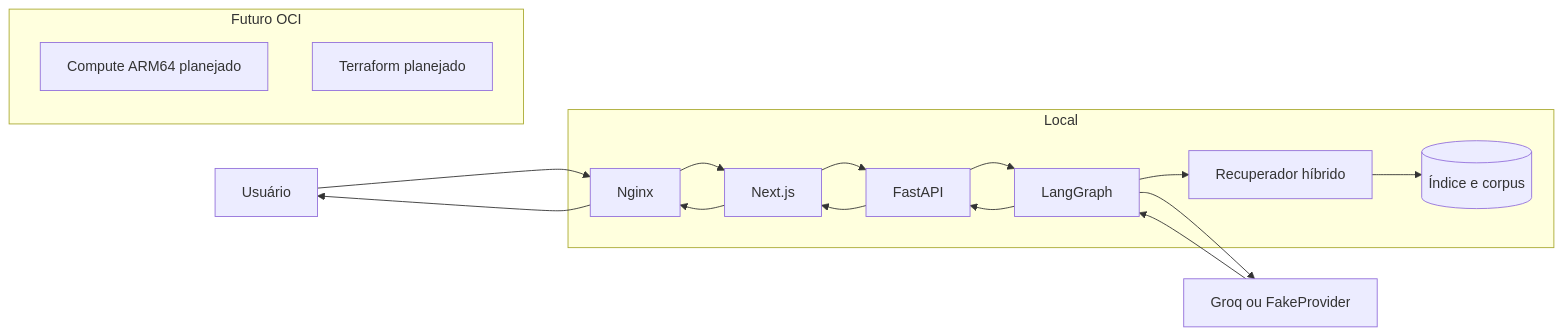
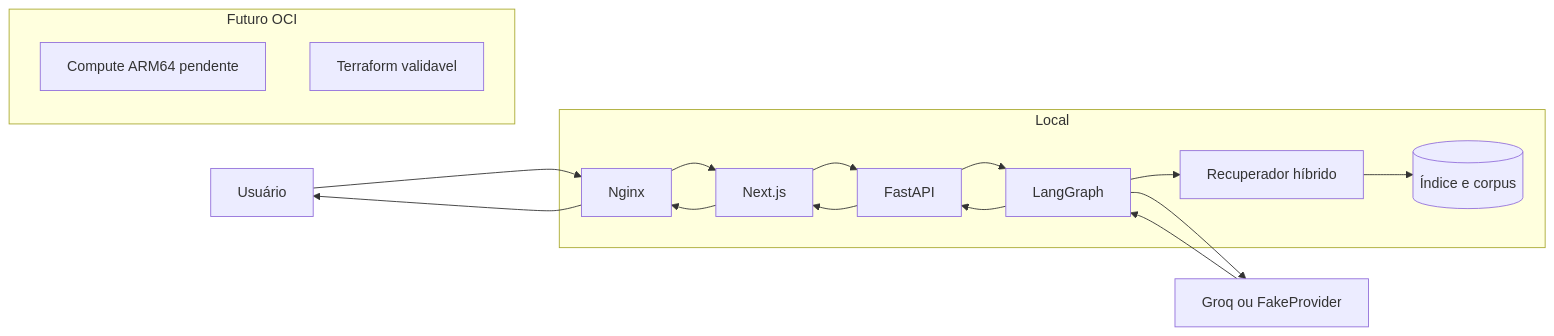
Before and after one commit to brodyandre/edudocs-ai-agent-oci: the second of 2 diagrams in README.md, drawn with Mermaid. The commit also changed other lines of this file and 35 other files, not shown here.

Commit message:
feat(infra): adiciona a infraestrutura OCI com Terraform

````diff
--- a/README.md
+++ b/README.md
@@ -171,29 +171,29 @@
 ```mermaid
 flowchart LR
     U[Usuário] --> N[Nginx]
     N --> W[Next.js]
     W --> A[FastAPI]
     A --> G[LangGraph]
     G --> R[Recuperador híbrido]
     R --> C[(Índice e corpus)]
     G --> P[Groq ou FakeProvider]
     P --> G
     G --> A
     A --> W
     W --> N
     N --> U
 
     subgraph Local
       N
       W
       A
       G
       R
       C
     end
 
     subgraph Futuro OCI
-      OCI[Compute ARM64 planejado]
-      TF[Terraform planejado]
+      OCI[Compute ARM64 pendente]
+      TF[Terraform validavel]
     end
 ```
````
